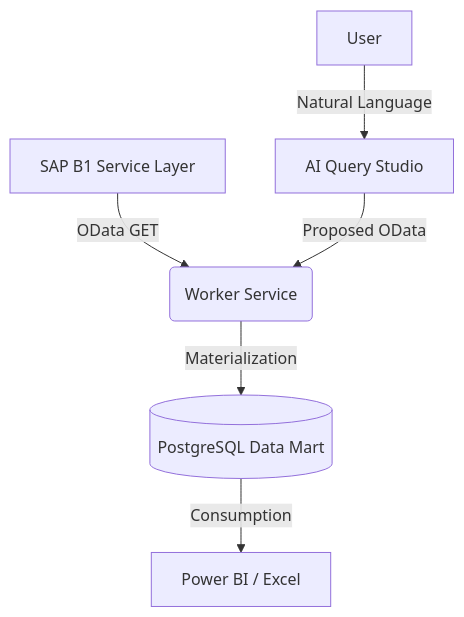
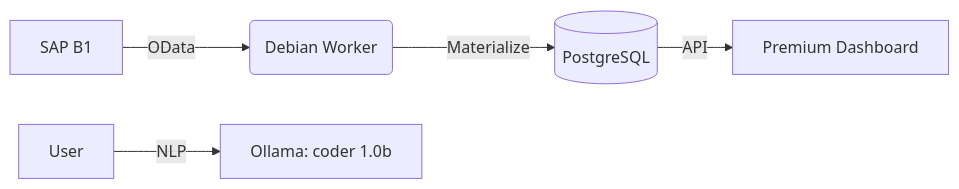
One commit to LORDMANUEL/sapslayer changed the diagram in README.md. Above: the diagram before and after it, drawn with Mermaid. The commit also changed other lines of this file and 3 other files, not shown here.

````diff
--- a/README.md
+++ b/README.md
@@ -20,8 +15,7 @@
 ```mermaid
-graph TD
-    A[SAP B1 Service Layer] -->|OData GET| B(Worker Service)
-    B -->|Materialization| C[(PostgreSQL Data Mart)]
-    C -->|Consumption| D[Power BI / Excel]
-    E[User] -->|Natural Language| F[AI Query Studio]
-    F -->|Proposed OData| B
+graph LR
+    A[SAP B1] -->|OData| B(Debian Worker)
+    B -->|Materialize| C[(PostgreSQL)]
+    C -->|API| D[Premium Dashboard]
+    E[User] -->|NLP| F[Ollama: coder 1.0b]
 ```
````
